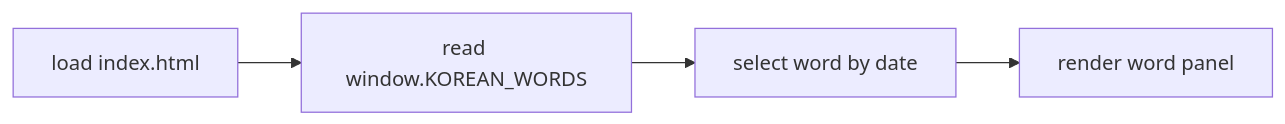
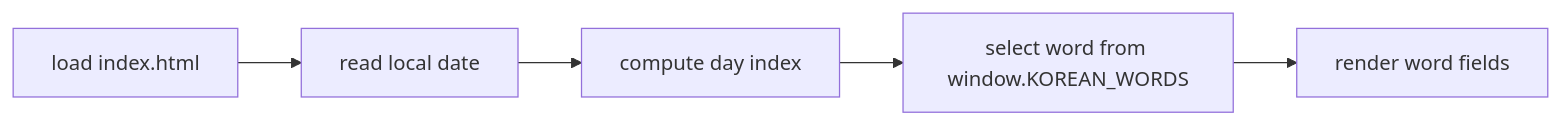
The first of 3 diagrams in docs/3_WORKFLOWS.md (cptntrps/korean-word-of-the-day), drawn with Mermaid before and after one commit. The commit also changed other lines of this file and 5 other files, not shown here.

````diff
--- a/docs/3_WORKFLOWS.md
+++ b/docs/3_WORKFLOWS.md
@@ -32,6 +33,7 @@
-```mermaid
-graph LR
-  A[load index.html] --> B[read window.KOREAN_WORDS]
-  B --> C[select word by date]
-  C --> D[render word panel]
-```
+  ```mermaid
+  graph LR
+    A[load index.html] --> B[read local date]
+    B --> C[compute day index]
+    C --> D[select word from window.KOREAN_WORDS]
+    D --> E[render word fields]
+  ```
````
